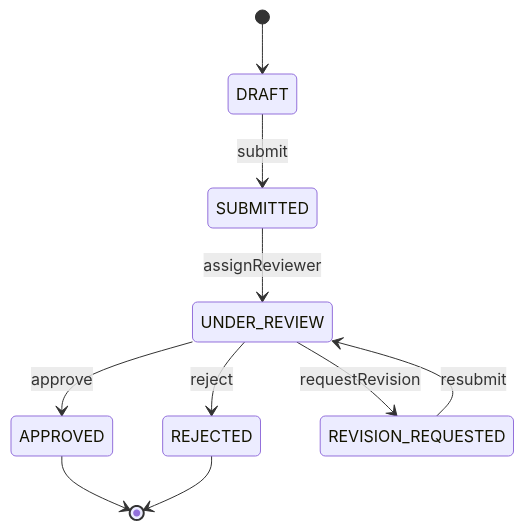
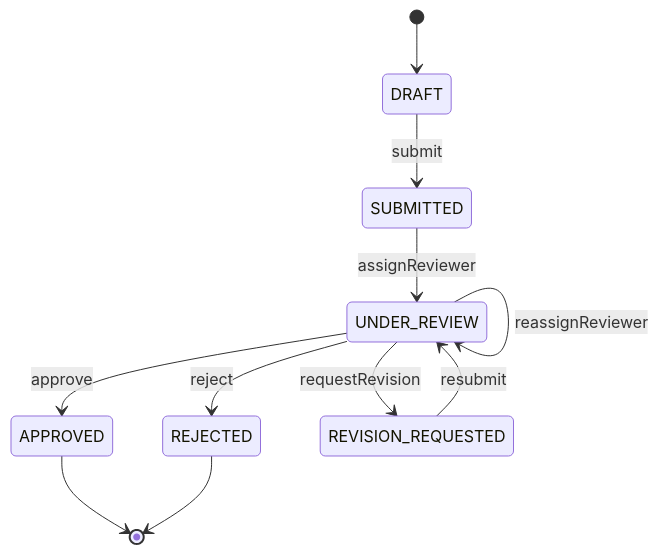
The first of 2 diagrams in docs/PRD.md (udita-0707/Prastaav), drawn with Mermaid before and after one commit. The commit also changed other lines of this file and 8 other files, not shown here.

Commit message:
docs(project): reviewer reassignment transition, contract and diagrams

````diff
--- a/docs/PRD.md
+++ b/docs/PRD.md
@@ -74,12 +75,13 @@
 ```mermaid
 stateDiagram-v2
     [*] --> DRAFT
     DRAFT --> SUBMITTED: submit
     SUBMITTED --> UNDER_REVIEW: assignReviewer
     UNDER_REVIEW --> APPROVED: approve
     UNDER_REVIEW --> REJECTED: reject
     UNDER_REVIEW --> REVISION_REQUESTED: requestRevision
+    UNDER_REVIEW --> UNDER_REVIEW: reassignReviewer
     REVISION_REQUESTED --> UNDER_REVIEW: resubmit
     APPROVED --> [*]
     REJECTED --> [*]
 ```
````
